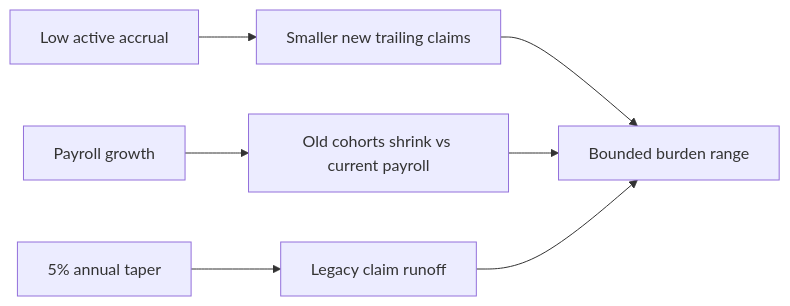
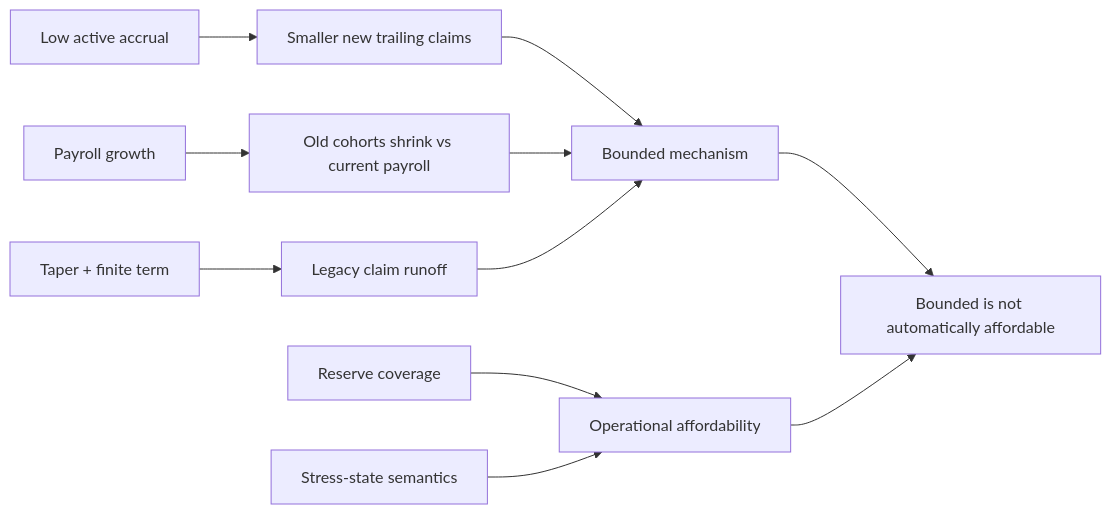
One commit to haydenluckadoo-web/Trailing-Labor-Yield changed the sixth of 6 diagrams in paper/tly_visual_diagrams.md. Above: the diagram before and after it, drawn with Mermaid. The commit also changed other lines of this file and 12 other files, not shown here.

````diff
--- a/paper/tly_visual_diagrams.md
+++ b/paper/tly_visual_diagrams.md
@@ -101,9 +131,13 @@
 ```mermaid
 flowchart LR
     LowAccrual[Low active accrual] --> NewClaims[Smaller new trailing claims]
     PayrollGrowth[Payroll growth] --> CohortDilution[Old cohorts shrink vs current payroll]
-    Taper[5% annual taper] --> Runoff[Legacy claim runoff]
-    NewClaims --> Bounded[Bounded burden range]
+    Taper[Taper + finite term] --> Runoff[Legacy claim runoff]
+    Reserves[Reserve coverage] --> Solvency[Operational affordability]
+    StressRules[Stress-state semantics] --> Solvency
+    NewClaims --> Bounded[Bounded mechanism]
     CohortDilution --> Bounded
     Runoff --> Bounded
+    Bounded --> Caveat[Bounded is not automatically affordable]
+    Solvency --> Caveat
 ```
````
